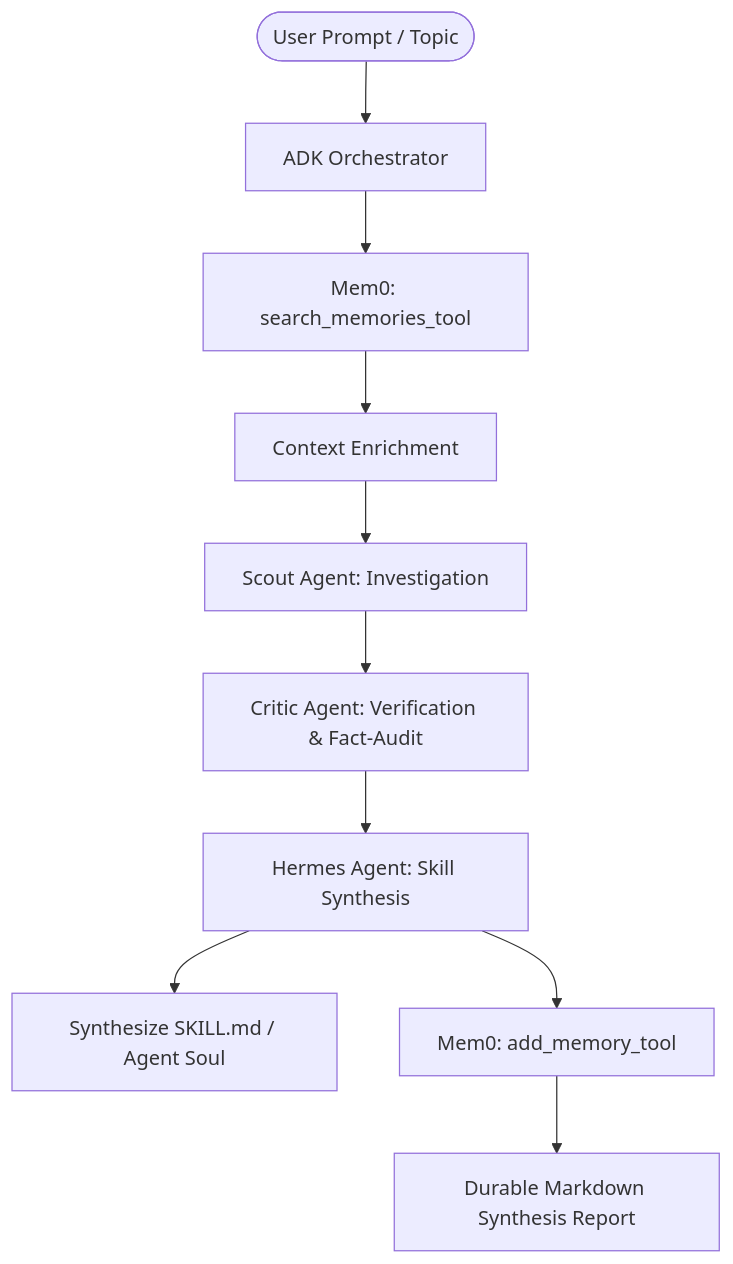
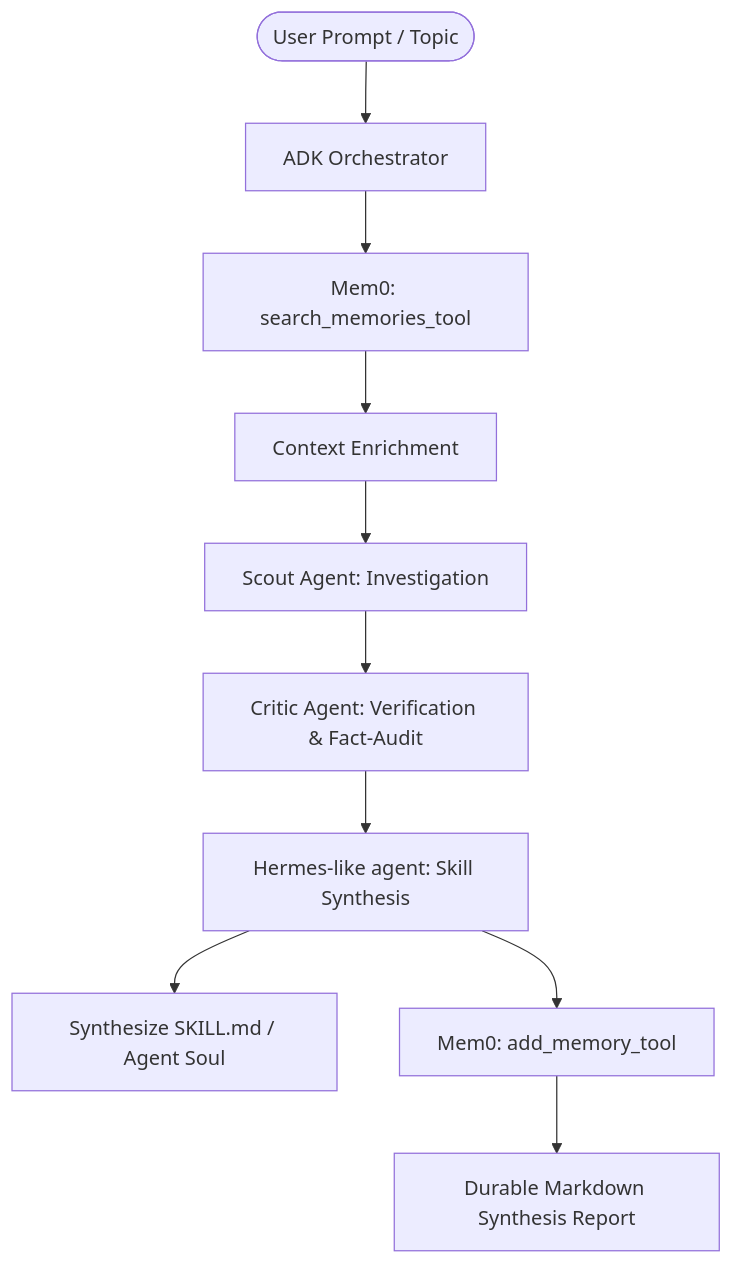
One commit to neomatrix369/self-improving-teams changed the diagram in README.md. Above: the diagram before and after it, drawn with Mermaid. The commit also changed other lines of this file and 5 other files, not shown here.

````diff
--- a/README.md
+++ b/README.md
@@ -73,15 +73,15 @@
 ```mermaid
 graph TD
     User([User Prompt / Topic]) --> Orchestrator[ADK Orchestrator]
     Orchestrator --> QueryMem0[Mem0: search_memories_tool]
     QueryMem0 --> ContextEnriched[Context Enrichment]
     
     ContextEnriched --> Scout[Scout Agent: Investigation]
     Scout --> Critic[Critic Agent: Verification & Fact-Audit]
-    Critic --> Hermes[Hermes Agent: Skill Synthesis]
+    Critic --> Hermes[Hermes-like agent: Skill Synthesis]
     
     Hermes --> SkillGen[Synthesize SKILL.md / Agent Soul]
     Hermes --> StoreMem0[Mem0: add_memory_tool]
     
     StoreMem0 --> FinalReport[Durable Markdown Synthesis Report]
 ```
````
